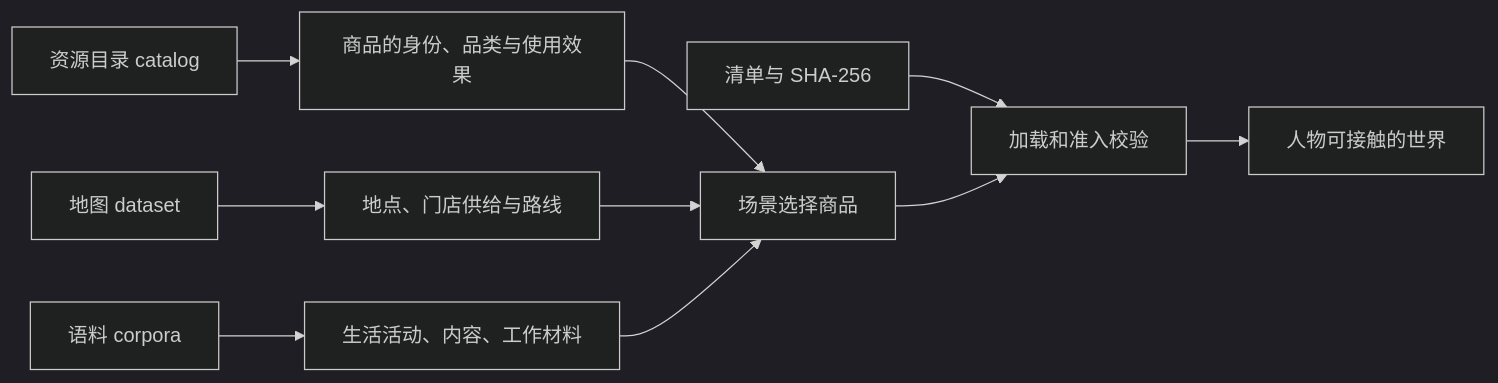
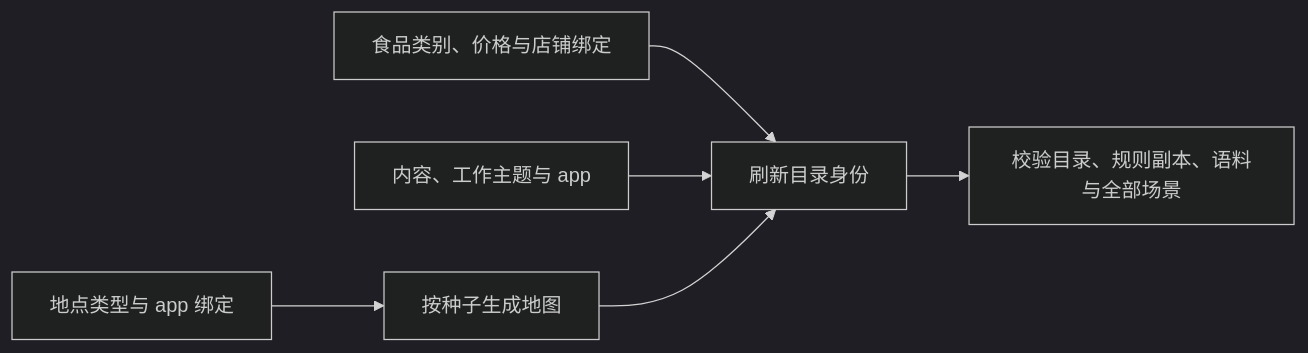
The diagram in docs/manual/resources.md (HoldThatThgt/WorldMock), drawn with Mermaid (dark theme) before and after one commit. The commit also changed other lines of this file and 150 other files, not shown here.

````diff
--- a/docs/manual/resources.md
+++ b/docs/manual/resources.md
@@ -14,12 +8,7 @@
 ```mermaid
 flowchart LR
-    C[资源目录 catalog] --> P[商品的身份、品类与使用效果]
-    M[地图 dataset] --> L[地点、门店供给与路线]
-    R[语料 corpora] --> A[生活活动、内容、工作材料]
-    P --> S[场景选择商品]
-    L --> S
-    A --> S
-    H[清单与 SHA-256] --> V[加载和准入校验]
-    S --> V
-    V --> W[人物可接触的世界]
+    L[地点类型与 app 绑定] --> M[按种子生成地图]
+    F[食品类别、价格与店铺绑定] --> I[刷新目录身份]
+    C[内容、工作主题与 app] --> I
+    M --> I --> V[校验目录、规则副本、语料与全部场景]
 ```
````
